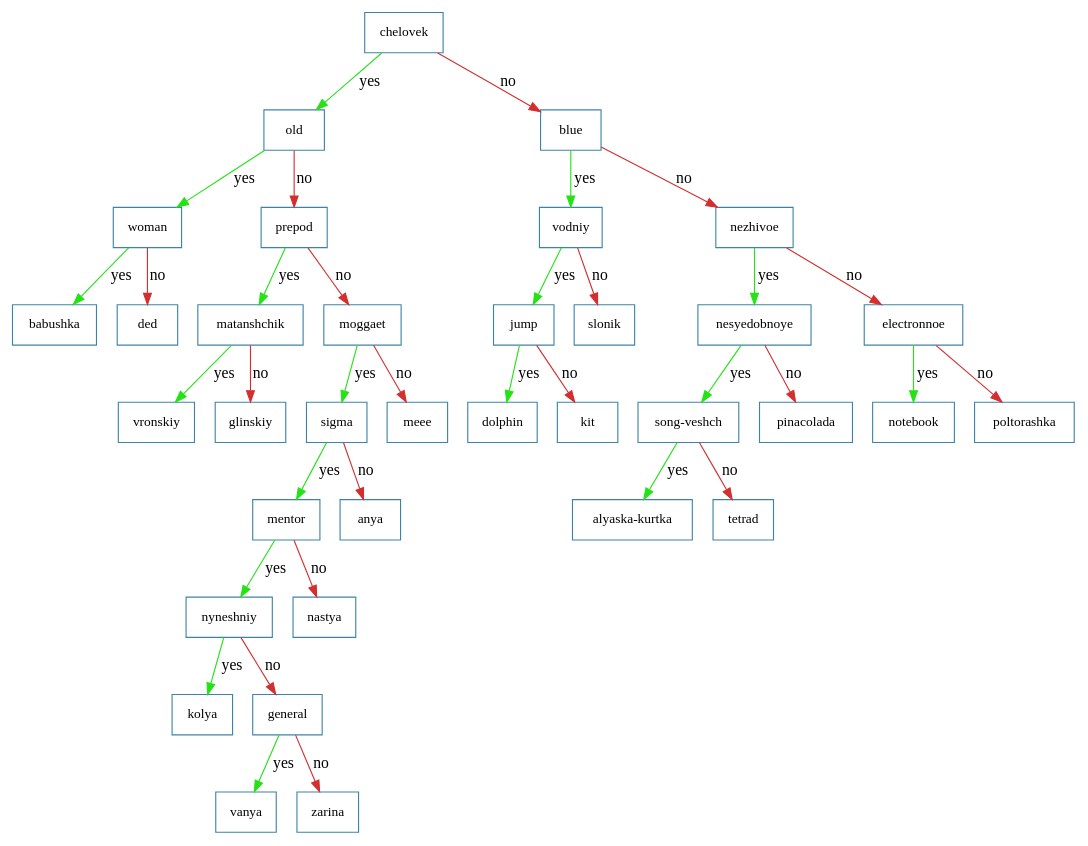
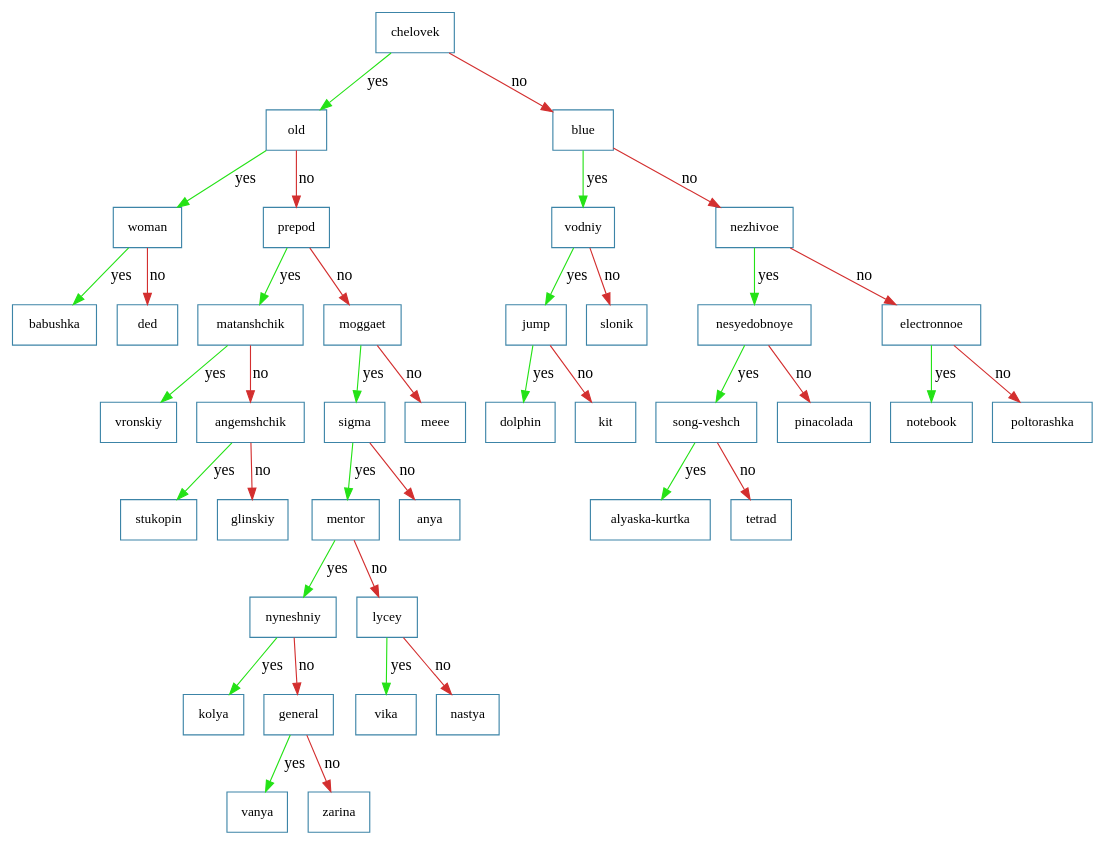
The diagram in data/akinator.dot (molushkax/akinator), drawn with Graphviz before and after one commit. The commit also changed 7 other files, not shown here.

Commit message:
compare in graphics

```diff
--- a/data/akinator.dot
+++ b/data/akinator.dot
@@ -1,72 +1,80 @@
 digraph Tree {
     node [shape=box, fontsize=12];
     graph [overlap=false, splines=true];    n0 [label="chelovek", color="#3c84a7"];
     n0 -> n1 [label="yes", color="#24e216"];
     n1 [label="old", color="#3c84a7"];
     n1 -> n2 [label="yes", color="#24e216"];
     n2 [label="woman", color="#3c84a7"];
     n2 -> n3 [label="yes", color="#24e216"];
     n3 [label="babushka", color="#3c84a7"];
     n2 -> n4 [label="no", color="#D32F2F"];
     n4 [label="ded", color="#3c84a7"];
     n1 -> n5 [label="no", color="#D32F2F"];
     n5 [label="prepod", color="#3c84a7"];
     n5 -> n6 [label="yes", color="#24e216"];
     n6 [label="matanshchik", color="#3c84a7"];
     n6 -> n7 [label="yes", color="#24e216"];
     n7 [label="vronskiy", color="#3c84a7"];
     n6 -> n8 [label="no", color="#D32F2F"];
-    n8 [label="glinskiy", color="#3c84a7"];
-    n5 -> n9 [label="no", color="#D32F2F"];
-    n9 [label="moggaet", color="#3c84a7"];
-    n9 -> n10 [label="yes", color="#24e216"];
-    n10 [label="sigma", color="#3c84a7"];
-    n10 -> n11 [label="yes", color="#24e216"];
-    n11 [label="mentor", color="#3c84a7"];
+    n8 [label="angemshchik", color="#3c84a7"];
+    n8 -> n9 [label="yes", color="#24e216"];
+    n9 [label="stukopin", color="#3c84a7"];
+    n8 -> n10 [label="no", color="#D32F2F"];
+    n10 [label="glinskiy", color="#3c84a7"];
+    n5 -> n11 [label="no", color="#D32F2F"];
+    n11 [label="moggaet", color="#3c84a7"];
     n11 -> n12 [label="yes", color="#24e216"];
-    n12 [label="nyneshniy", color="#3c84a7"];
+    n12 [label="sigma", color="#3c84a7"];
     n12 -> n13 [label="yes", color="#24e216"];
-    n13 [label="kolya", color="#3c84a7"];
-    n12 -> n14 [label="no", color="#D32F2F"];
-    n14 [label="general", color="#3c84a7"];
+    n13 [label="mentor", color="#3c84a7"];
+    n13 -> n14 [label="yes", color="#24e216"];
+    n14 [label="nyneshniy", color="#3c84a7"];
     n14 -> n15 [label="yes", color="#24e216"];
-    n15 [label="vanya", color="#3c84a7"];
+    n15 [label="kolya", color="#3c84a7"];
     n14 -> n16 [label="no", color="#D32F2F"];
-    n16 [label="zarina", color="#3c84a7"];
-    n11 -> n17 [label="no", color="#D32F2F"];
-    n17 [label="nastya", color="#3c84a7"];
-    n10 -> n18 [label="no", color="#D32F2F"];
-    n18 [label="anya", color="#3c84a7"];
-    n9 -> n19 [label="no", color="#D32F2F"];
-    n19 [label="meee", color="#3c84a7"];
-    n0 -> n20 [label="no", color="#D32F2F"];
-    n20 [label="blue", color="#3c84a7"];
-    n20 -> n21 [label="yes", color="#24e216"];
-    n21 [label="vodniy", color="#3c84a7"];
-    n21 -> n22 [label="yes", color="#24e216"];
-    n22 [label="jump", color="#3c84a7"];
-    n22 -> n23 [label="yes", color="#24e216"];
-    n23 [label="dolphin", color="#3c84a7"];
-    n22 -> n24 [label="no", color="#D32F2F"];
-    n24 [label="kit", color="#3c84a7"];
-    n21 -> n25 [label="no", color="#D32F2F"];
-    n25 [label="slonik", color="#3c84a7"];
-    n20 -> n26 [label="no", color="#D32F2F"];
-    n26 [label="nezhivoe", color="#3c84a7"];
+    n16 [label="general", color="#3c84a7"];
+    n16 -> n17 [label="yes", color="#24e216"];
+    n17 [label="vanya", color="#3c84a7"];
+    n16 -> n18 [label="no", color="#D32F2F"];
+    n18 [label="zarina", color="#3c84a7"];
+    n13 -> n19 [label="no", color="#D32F2F"];
+    n19 [label="lycey", color="#3c84a7"];
+    n19 -> n20 [label="yes", color="#24e216"];
+    n20 [label="vika", color="#3c84a7"];
+    n19 -> n21 [label="no", color="#D32F2F"];
+    n21 [label="nastya", color="#3c84a7"];
+    n12 -> n22 [label="no", color="#D32F2F"];
+    n22 [label="anya", color="#3c84a7"];
+    n11 -> n23 [label="no", color="#D32F2F"];
+    n23 [label="meee", color="#3c84a7"];
+    n0 -> n24 [label="no", color="#D32F2F"];
+    n24 [label="blue", color="#3c84a7"];
+    n24 -> n25 [label="yes", color="#24e216"];
+    n25 [label="vodniy", color="#3c84a7"];
+    n25 -> n26 [label="yes", color="#24e216"];
+    n26 [label="jump", color="#3c84a7"];
     n26 -> n27 [label="yes", color="#24e216"];
-    n27 [label="nesyedobnoye", color="#3c84a7"];
-    n27 -> n28 [label="yes", color="#24e216"];
-    n28 [label="song-veshch", color="#3c84a7"];
-    n28 -> n29 [label="yes", color="#24e216"];
-    n29 [label="alyaska-kurtka", color="#3c84a7"];
-    n28 -> n30 [label="no", color="#D32F2F"];
-    n30 [label="tetrad", color="#3c84a7"];
-    n27 -> n31 [label="no", color="#D32F2F"];
-    n31 [label="pinacolada", color="#3c84a7"];
-    n26 -> n32 [label="no", color="#D32F2F"];
-    n32 [label="electronnoe", color="#3c84a7"];
+    n27 [label="dolphin", color="#3c84a7"];
+    n26 -> n28 [label="no", color="#D32F2F"];
+    n28 [label="kit", color="#3c84a7"];
+    n25 -> n29 [label="no", color="#D32F2F"];
+    n29 [label="slonik", color="#3c84a7"];
+    n24 -> n30 [label="no", color="#D32F2F"];
+    n30 [label="nezhivoe", color="#3c84a7"];
+    n30 -> n31 [label="yes", color="#24e216"];
+    n31 [label="nesyedobnoye", color="#3c84a7"];
+    n31 -> n32 [label="yes", color="#24e216"];
+    n32 [label="song-veshch", color="#3c84a7"];
     n32 -> n33 [label="yes", color="#24e216"];
-    n33 [label="notebook", color="#3c84a7"];
+    n33 [label="alyaska-kurtka", color="#3c84a7"];
     n32 -> n34 [label="no", color="#D32F2F"];
-    n34 [label="poltorashka", color="#3c84a7"];
+    n34 [label="tetrad", color="#3c84a7"];
+    n31 -> n35 [label="no", color="#D32F2F"];
+    n35 [label="pinacolada", color="#3c84a7"];
+    n30 -> n36 [label="no", color="#D32F2F"];
+    n36 [label="electronnoe", color="#3c84a7"];
+    n36 -> n37 [label="yes", color="#24e216"];
+    n37 [label="notebook", color="#3c84a7"];
+    n36 -> n38 [label="no", color="#D32F2F"];
+    n38 [label="poltorashka", color="#3c84a7"];
 }
```
